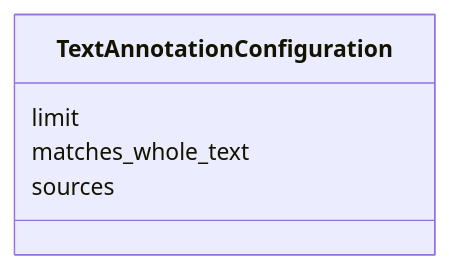
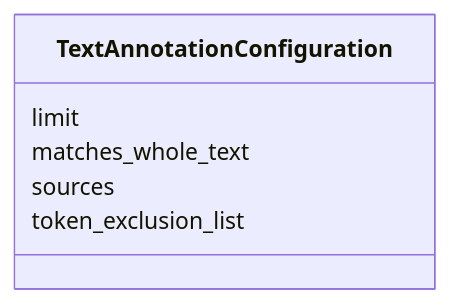
The diagram in text-annotator/TextAnnotationConfiguration.md (INCATools/ontology-access-kit), drawn with Mermaid before and after one commit. The commit also changed other lines of this file and 68 other files, not shown here.

````diff
--- a/text-annotator/TextAnnotationConfiguration.md
+++ b/text-annotator/TextAnnotationConfiguration.md
@@ -10,8 +10,9 @@
 ```{mermaid}
  classDiagram
     class TextAnnotationConfiguration
       TextAnnotationConfiguration : limit
       TextAnnotationConfiguration : matches_whole_text
       TextAnnotationConfiguration : sources
+      TextAnnotationConfiguration : token_exclusion_list
       
 ```
````
